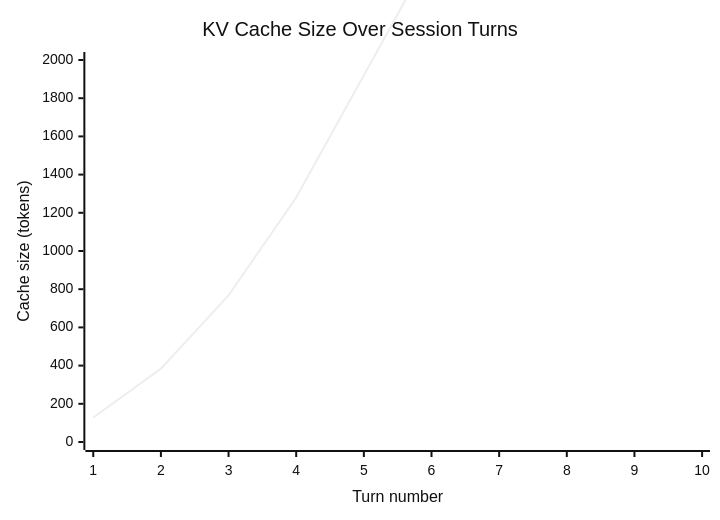
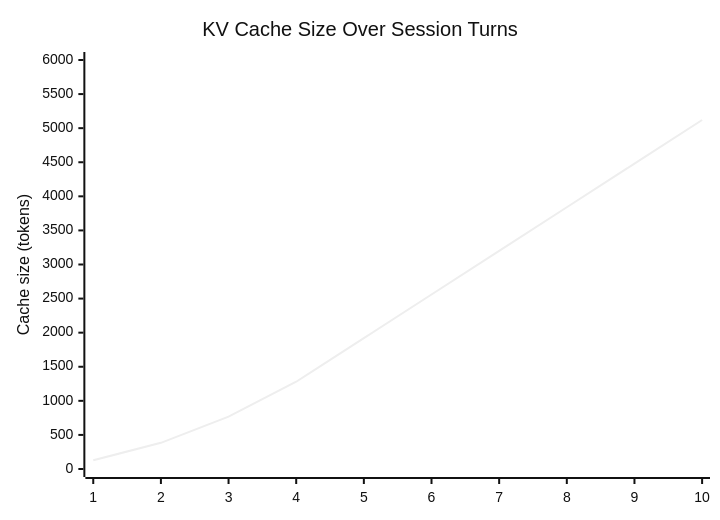
Before and after one commit to Shahriarin2garden/vllm_from_scratch: diagram 24 of 50 in lab0.4/README.md, drawn with Mermaid (neutral theme). The commit also changed other lines of this file, not shown here.

Commit message:
Update x-axis labels and improve diagram configurations in README.md for better clarity

````diff
--- a/lab0.4/README.md
+++ b/lab0.4/README.md
@@ -723,7 +707,7 @@
 ```mermaid
 xychart-beta
     title "KV Cache Size Over Session Turns"
-    x-axis "Turn number" 1 --> 10
-    y-axis "Cache size (tokens)" 0 --> 2000
+    x-axis [1, 2, 3, 4, 5, 6, 7, 8, 9, 10]
+    y-axis "Cache size (tokens)" 0 --> 6000
     line [128, 384, 768, 1280, 1920, 2560, 3200, 3840, 4480, 5120]
 ```
````
